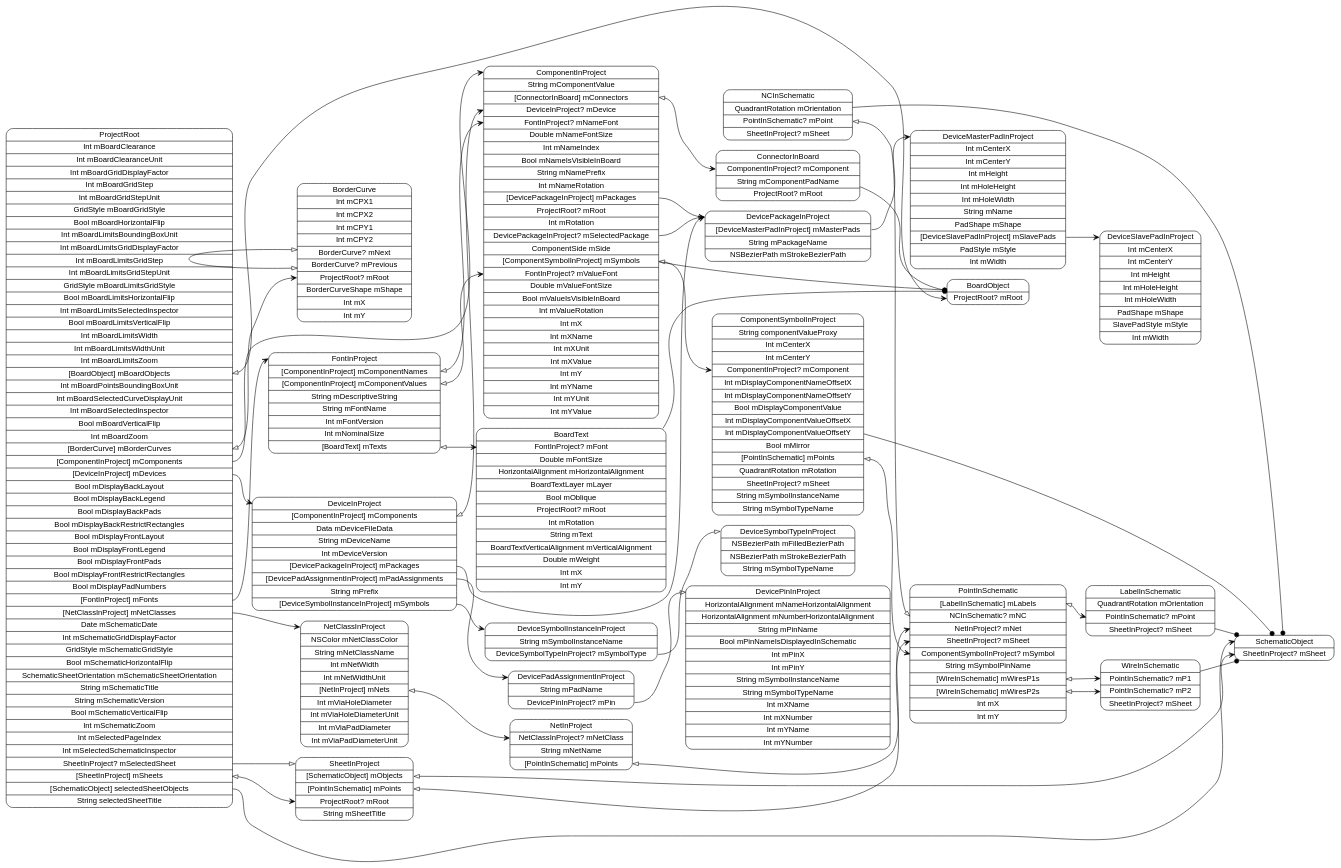
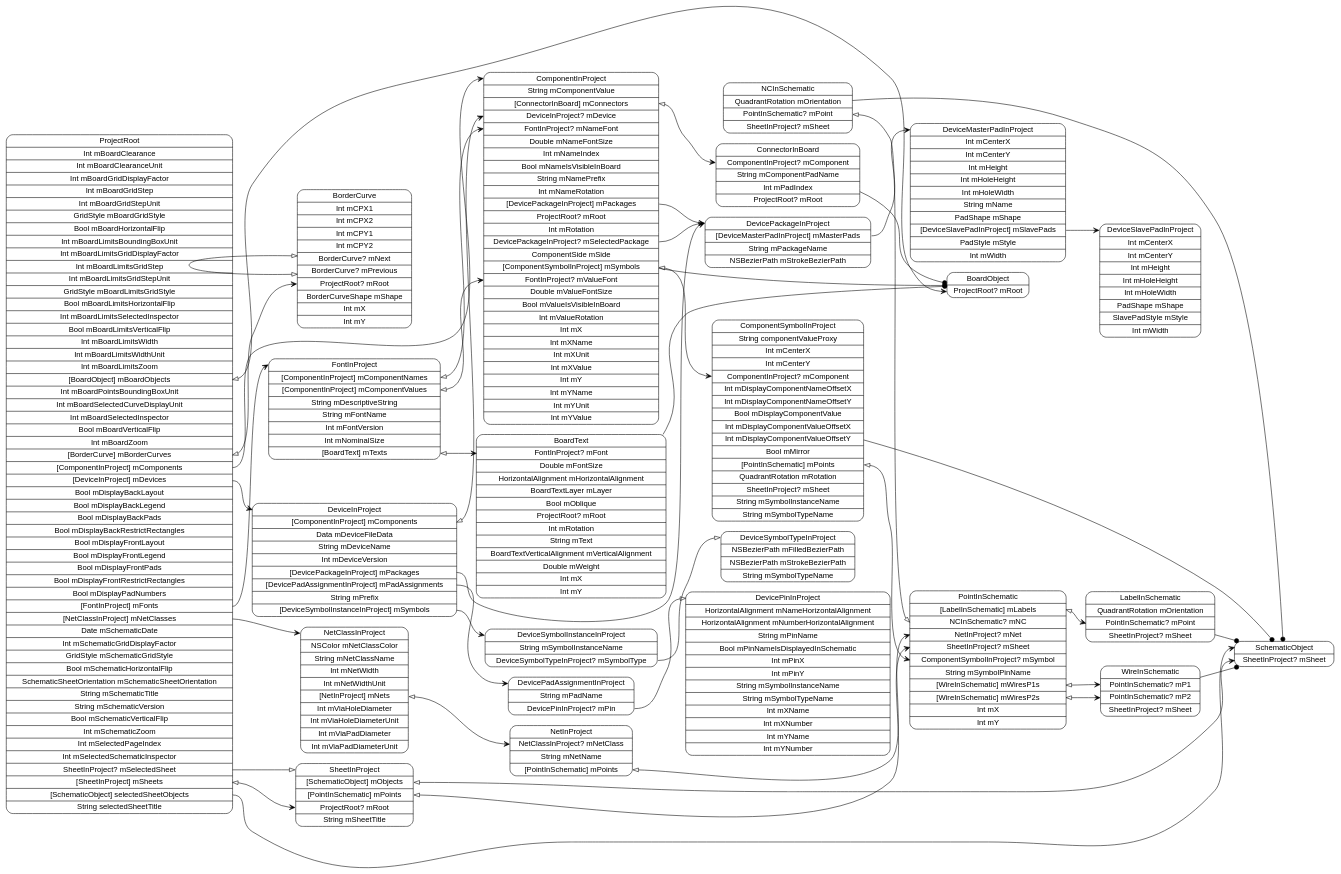
One commit to pierremolinaro/ElCanari-dev changed the diagram in models/ProjectRoot.dot. Above: the diagram before and after it, drawn with Graphviz. The commit also changed 73 other files, not shown here.

```diff
--- a/models/ProjectRoot.dot
+++ b/models/ProjectRoot.dot
@@ -1,69 +1,69 @@
 digraph G {
   rankdir=LR ;
   node [shape=record fontname=helvetica style=rounded] ;
   ProjectRoot[label="<ProjectRoot>ProjectRoot|Int mBoardClearance|Int mBoardClearanceUnit|Int mBoardGridDisplayFactor|Int mBoardGridStep|Int mBoardGridStepUnit|GridStyle mBoardGridStyle|Bool mBoardHorizontalFlip|Int mBoardLimitsBoundingBoxUnit|Int mBoardLimitsGridDisplayFactor|Int mBoardLimitsGridStep|Int mBoardLimitsGridStepUnit|GridStyle mBoardLimitsGridStyle|Bool mBoardLimitsHorizontalFlip|Int mBoardLimitsSelectedInspector|Bool mBoardLimitsVerticalFlip|Int mBoardLimitsWidth|Int mBoardLimitsWidthUnit|Int mBoardLimitsZoom|<mBoardObjects>[BoardObject] mBoardObjects|Int mBoardPointsBoundingBoxUnit|Int mBoardSelectedCurveDisplayUnit|Int mBoardSelectedInspector|Bool mBoardVerticalFlip|Int mBoardZoom|<mBorderCurves>[BorderCurve] mBorderCurves|<mComponents>[ComponentInProject] mComponents|<mDevices>[DeviceInProject] mDevices|Bool mDisplayBackLayout|Bool mDisplayBackLegend|Bool mDisplayBackPads|Bool mDisplayBackRestrictRectangles|Bool mDisplayFrontLayout|Bool mDisplayFrontLegend|Bool mDisplayFrontPads|Bool mDisplayFrontRestrictRectangles|Bool mDisplayPadNumbers|<mFonts>[FontInProject] mFonts|<mNetClasses>[NetClassInProject] mNetClasses|Date mSchematicDate|Int mSchematicGridDisplayFactor|GridStyle mSchematicGridStyle|Bool mSchematicHorizontalFlip|SchematicSheetOrientation mSchematicSheetOrientation|String mSchematicTitle|String mSchematicVersion|Bool mSchematicVerticalFlip|Int mSchematicZoom|Int mSelectedPageIndex|Int mSelectedSchematicInspector|<mSelectedSheet>SheetInProject? mSelectedSheet|<mSheets>[SheetInProject] mSheets|<selectedSheetObjects>[SchematicObject] selectedSheetObjects|String selectedSheetTitle"] ;
   SchematicObject[label="<SchematicObject>SchematicObject|<mSheet>SheetInProject? mSheet"] ;
   SheetInProject[label="<SheetInProject>SheetInProject|<mObjects>[SchematicObject] mObjects|<mPoints>[PointInSchematic] mPoints|<mRoot>ProjectRoot? mRoot|String mSheetTitle"] ;
   PointInSchematic[label="<PointInSchematic>PointInSchematic|<mLabels>[LabelInSchematic] mLabels|<mNC>NCInSchematic? mNC|<mNet>NetInProject? mNet|<mSheet>SheetInProject? mSheet|<mSymbol>ComponentSymbolInProject? mSymbol|String mSymbolPinName|<mWiresP1s>[WireInSchematic] mWiresP1s|<mWiresP2s>[WireInSchematic] mWiresP2s|Int mX|Int mY"] ;
   WireInSchematic[label="<WireInSchematic>WireInSchematic|<mP1>PointInSchematic? mP1|<mP2>PointInSchematic? mP2|<mSheet>SheetInProject? mSheet"] ;
   NCInSchematic[label="<NCInSchematic>NCInSchematic|QuadrantRotation mOrientation|<mPoint>PointInSchematic? mPoint|<mSheet>SheetInProject? mSheet"] ;
   LabelInSchematic[label="<LabelInSchematic>LabelInSchematic|QuadrantRotation mOrientation|<mPoint>PointInSchematic? mPoint|<mSheet>SheetInProject? mSheet"] ;
   NetClassInProject[label="<NetClassInProject>NetClassInProject|NSColor mNetClassColor|String mNetClassName|Int mNetWidth|Int mNetWidthUnit|<mNets>[NetInProject] mNets|Int mViaHoleDiameter|Int mViaHoleDiameterUnit|Int mViaPadDiameter|Int mViaPadDiameterUnit"] ;
   NetInProject[label="<NetInProject>NetInProject|<mNetClass>NetClassInProject? mNetClass|String mNetName|<mPoints>[PointInSchematic] mPoints"] ;
   FontInProject[label="<FontInProject>FontInProject|<mComponentNames>[ComponentInProject] mComponentNames|<mComponentValues>[ComponentInProject] mComponentValues|String mDescriptiveString|String mFontName|Int mFontVersion|Int mNominalSize|<mTexts>[BoardText] mTexts"] ;
   BoardText[label="<BoardText>BoardText|<mFont>FontInProject? mFont|Double mFontSize|HorizontalAlignment mHorizontalAlignment|BoardTextLayer mLayer|Bool mOblique|<mRoot>ProjectRoot? mRoot|Int mRotation|String mText|BoardTextVerticalAlignment mVerticalAlignment|Double mWeight|Int mX|Int mY"] ;
   DeviceInProject[label="<DeviceInProject>DeviceInProject|<mComponents>[ComponentInProject] mComponents|Data mDeviceFileData|String mDeviceName|Int mDeviceVersion|<mPackages>[DevicePackageInProject] mPackages|<mPadAssignments>[DevicePadAssignmentInProject] mPadAssignments|String mPrefix|<mSymbols>[DeviceSymbolInstanceInProject] mSymbols"] ;
   DeviceSymbolInstanceInProject[label="<DeviceSymbolInstanceInProject>DeviceSymbolInstanceInProject|String mSymbolInstanceName|<mSymbolType>DeviceSymbolTypeInProject? mSymbolType"] ;
   DeviceSymbolTypeInProject[label="<DeviceSymbolTypeInProject>DeviceSymbolTypeInProject|NSBezierPath mFilledBezierPath|NSBezierPath mStrokeBezierPath|String mSymbolTypeName"] ;
   DevicePadAssignmentInProject[label="<DevicePadAssignmentInProject>DevicePadAssignmentInProject|String mPadName|<mPin>DevicePinInProject? mPin"] ;
   DevicePinInProject[label="<DevicePinInProject>DevicePinInProject|HorizontalAlignment mNameHorizontalAlignment|HorizontalAlignment mNumberHorizontalAlignment|String mPinName|Bool mPinNameIsDisplayedInSchematic|Int mPinX|Int mPinY|String mSymbolInstanceName|String mSymbolTypeName|Int mXName|Int mXNumber|Int mYName|Int mYNumber"] ;
   DevicePackageInProject[label="<DevicePackageInProject>DevicePackageInProject|<mMasterPads>[DeviceMasterPadInProject] mMasterPads|String mPackageName|NSBezierPath mStrokeBezierPath"] ;
   DeviceMasterPadInProject[label="<DeviceMasterPadInProject>DeviceMasterPadInProject|Int mCenterX|Int mCenterY|Int mHeight|Int mHoleHeight|Int mHoleWidth|String mName|PadShape mShape|<mSlavePads>[DeviceSlavePadInProject] mSlavePads|PadStyle mStyle|Int mWidth"] ;
   DeviceSlavePadInProject[label="<DeviceSlavePadInProject>DeviceSlavePadInProject|Int mCenterX|Int mCenterY|Int mHeight|Int mHoleHeight|Int mHoleWidth|PadShape mShape|SlavePadStyle mStyle|Int mWidth"] ;
   ComponentInProject[label="<ComponentInProject>ComponentInProject|String mComponentValue|<mConnectors>[ConnectorInBoard] mConnectors|<mDevice>DeviceInProject? mDevice|<mNameFont>FontInProject? mNameFont|Double mNameFontSize|Int mNameIndex|Bool mNameIsVisibleInBoard|String mNamePrefix|Int mNameRotation|<mPackages>[DevicePackageInProject] mPackages|<mRoot>ProjectRoot? mRoot|Int mRotation|<mSelectedPackage>DevicePackageInProject? mSelectedPackage|ComponentSide mSide|<mSymbols>[ComponentSymbolInProject] mSymbols|<mValueFont>FontInProject? mValueFont|Double mValueFontSize|Bool mValueIsVisibleInBoard|Int mValueRotation|Int mX|Int mXName|Int mXUnit|Int mXValue|Int mY|Int mYName|Int mYUnit|Int mYValue"] ;
   ComponentSymbolInProject[label="<ComponentSymbolInProject>ComponentSymbolInProject|String componentValueProxy|Int mCenterX|Int mCenterY|<mComponent>ComponentInProject? mComponent|Int mDisplayComponentNameOffsetX|Int mDisplayComponentNameOffsetY|Bool mDisplayComponentValue|Int mDisplayComponentValueOffsetX|Int mDisplayComponentValueOffsetY|Bool mMirror|<mPoints>[PointInSchematic] mPoints|QuadrantRotation mRotation|<mSheet>SheetInProject? mSheet|String mSymbolInstanceName|String mSymbolTypeName"] ;
-  ConnectorInBoard[label="<ConnectorInBoard>ConnectorInBoard|<mComponent>ComponentInProject? mComponent|String mComponentPadName|<mRoot>ProjectRoot? mRoot"] ;
+  ConnectorInBoard[label="<ConnectorInBoard>ConnectorInBoard|<mComponent>ComponentInProject? mComponent|String mComponentPadName|Int mPadIndex|<mRoot>ProjectRoot? mRoot"] ;
   BorderCurve[label="<BorderCurve>BorderCurve|Int mCPX1|Int mCPX2|Int mCPY1|Int mCPY2|<mNext>BorderCurve? mNext|<mPrevious>BorderCurve? mPrevious|<mRoot>ProjectRoot? mRoot|BorderCurveShape mShape|Int mX|Int mY"] ;
   BoardObject[label="<BoardObject>BoardObject|<mRoot>ProjectRoot? mRoot"] ;
   ProjectRoot:mBoardObjects -> BoardObject:mRoot [dir=both arrowtail=onormal arrowhead=vee] ;
   ProjectRoot:mBorderCurves -> BorderCurve:mRoot [dir=both arrowtail=onormal arrowhead=vee] ;
   ProjectRoot:mComponents -> ComponentInProject:ComponentInProject [dir=both arrowtail=none arrowhead=vee] ;
   ProjectRoot:mDevices -> DeviceInProject:DeviceInProject [dir=both arrowtail=none arrowhead=vee] ;
   ProjectRoot:mFonts -> FontInProject:FontInProject [dir=both arrowtail=none arrowhead=vee] ;
   ProjectRoot:mNetClasses -> NetClassInProject:NetClassInProject [dir=both arrowtail=none arrowhead=vee] ;
   ProjectRoot:mSelectedSheet -> SheetInProject:SheetInProject [dir=both arrowtail=none arrowhead=onormal] ;
   ProjectRoot:mSheets -> SheetInProject:mRoot [dir=both arrowtail=onormal arrowhead=vee] ;
   ProjectRoot:selectedSheetObjects -> SchematicObject:SchematicObject [dir=both arrowtail=none arrowhead=vee] ;
   SheetInProject:mObjects -> SchematicObject:mSheet [dir=both arrowtail=onormal arrowhead=vee] ;
   SheetInProject:mPoints -> PointInSchematic:mSheet [dir=both arrowtail=onormal arrowhead=vee] ;
   PointInSchematic:mLabels -> LabelInSchematic:mPoint [dir=both arrowtail=onormal arrowhead=vee] ;
   PointInSchematic:mWiresP1s -> WireInSchematic:mP1 [dir=both arrowtail=onormal arrowhead=vee] ;
   PointInSchematic:mWiresP2s -> WireInSchematic:mP2 [dir=both arrowtail=onormal arrowhead=vee] ;
   WireInSchematic -> SchematicObject [arrowhead=dot] ;
   NCInSchematic -> SchematicObject [arrowhead=dot] ;
   NCInSchematic:mPoint -> PointInSchematic:mNC [dir=both arrowtail=onormal arrowhead=onormal] ;
   LabelInSchematic -> SchematicObject [arrowhead=dot] ;
   NetClassInProject:mNets -> NetInProject:mNetClass [dir=both arrowtail=onormal arrowhead=vee] ;
   NetInProject:mPoints -> PointInSchematic:mNet [dir=both arrowtail=onormal arrowhead=vee] ;
   FontInProject:mComponentNames -> ComponentInProject:mNameFont [dir=both arrowtail=onormal arrowhead=vee] ;
   FontInProject:mComponentValues -> ComponentInProject:mValueFont [dir=both arrowtail=onormal arrowhead=vee] ;
   FontInProject:mTexts -> BoardText:mFont [dir=both arrowtail=onormal arrowhead=vee] ;
   BoardText -> BoardObject [arrowhead=dot] ;
   DeviceInProject:mComponents -> ComponentInProject:mDevice [dir=both arrowtail=onormal arrowhead=vee] ;
   DeviceInProject:mPackages -> DevicePackageInProject:DevicePackageInProject [dir=both arrowtail=none arrowhead=vee] ;
   DeviceInProject:mPadAssignments -> DevicePadAssignmentInProject:DevicePadAssignmentInProject [dir=both arrowtail=none arrowhead=vee] ;
   DeviceInProject:mSymbols -> DeviceSymbolInstanceInProject:DeviceSymbolInstanceInProject [dir=both arrowtail=none arrowhead=vee] ;
   DeviceSymbolInstanceInProject:mSymbolType -> DeviceSymbolTypeInProject:DeviceSymbolTypeInProject [dir=both arrowtail=none arrowhead=onormal] ;
   DevicePadAssignmentInProject:mPin -> DevicePinInProject:DevicePinInProject [dir=both arrowtail=none arrowhead=onormal] ;
   DevicePackageInProject:mMasterPads -> DeviceMasterPadInProject:DeviceMasterPadInProject [dir=both arrowtail=none arrowhead=vee] ;
   DeviceMasterPadInProject:mSlavePads -> DeviceSlavePadInProject:DeviceSlavePadInProject [dir=both arrowtail=none arrowhead=vee] ;
   ComponentInProject -> BoardObject [arrowhead=dot] ;
   ComponentInProject:mConnectors -> ConnectorInBoard:mComponent [dir=both arrowtail=onormal arrowhead=vee] ;
   ComponentInProject:mPackages -> DevicePackageInProject:DevicePackageInProject [dir=both arrowtail=none arrowhead=vee] ;
   ComponentInProject:mSelectedPackage -> DevicePackageInProject:DevicePackageInProject [dir=both arrowtail=none arrowhead=onormal] ;
   ComponentInProject:mSymbols -> ComponentSymbolInProject:mComponent [dir=both arrowtail=onormal arrowhead=vee] ;
   ComponentSymbolInProject -> SchematicObject [arrowhead=dot] ;
   ComponentSymbolInProject:mPoints -> PointInSchematic:mSymbol [dir=both arrowtail=onormal arrowhead=vee] ;
   ConnectorInBoard -> BoardObject [arrowhead=dot] ;
   BorderCurve:mPrevious -> BorderCurve:mNext [dir=both arrowtail=onormal arrowhead=onormal] ;
 }
```
